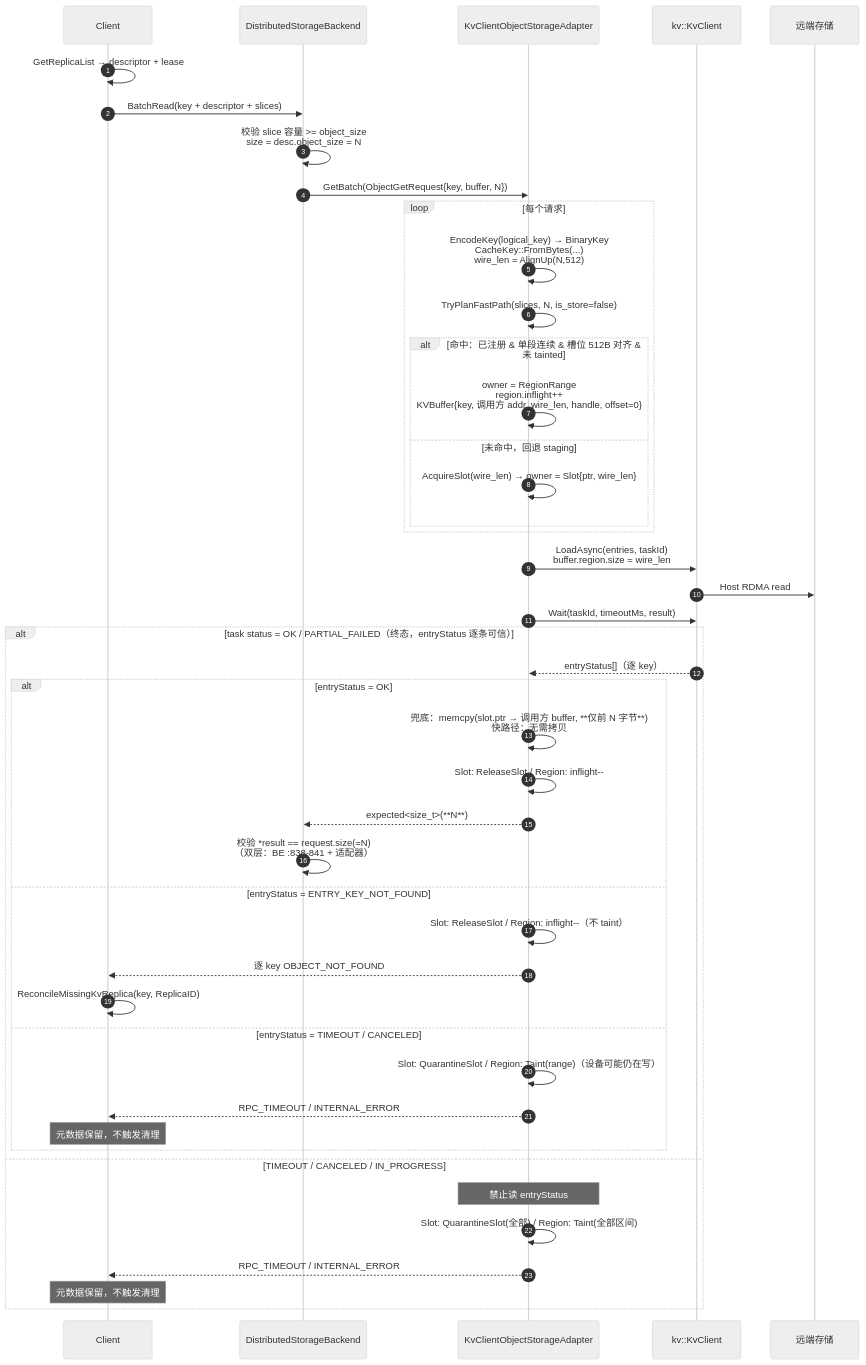
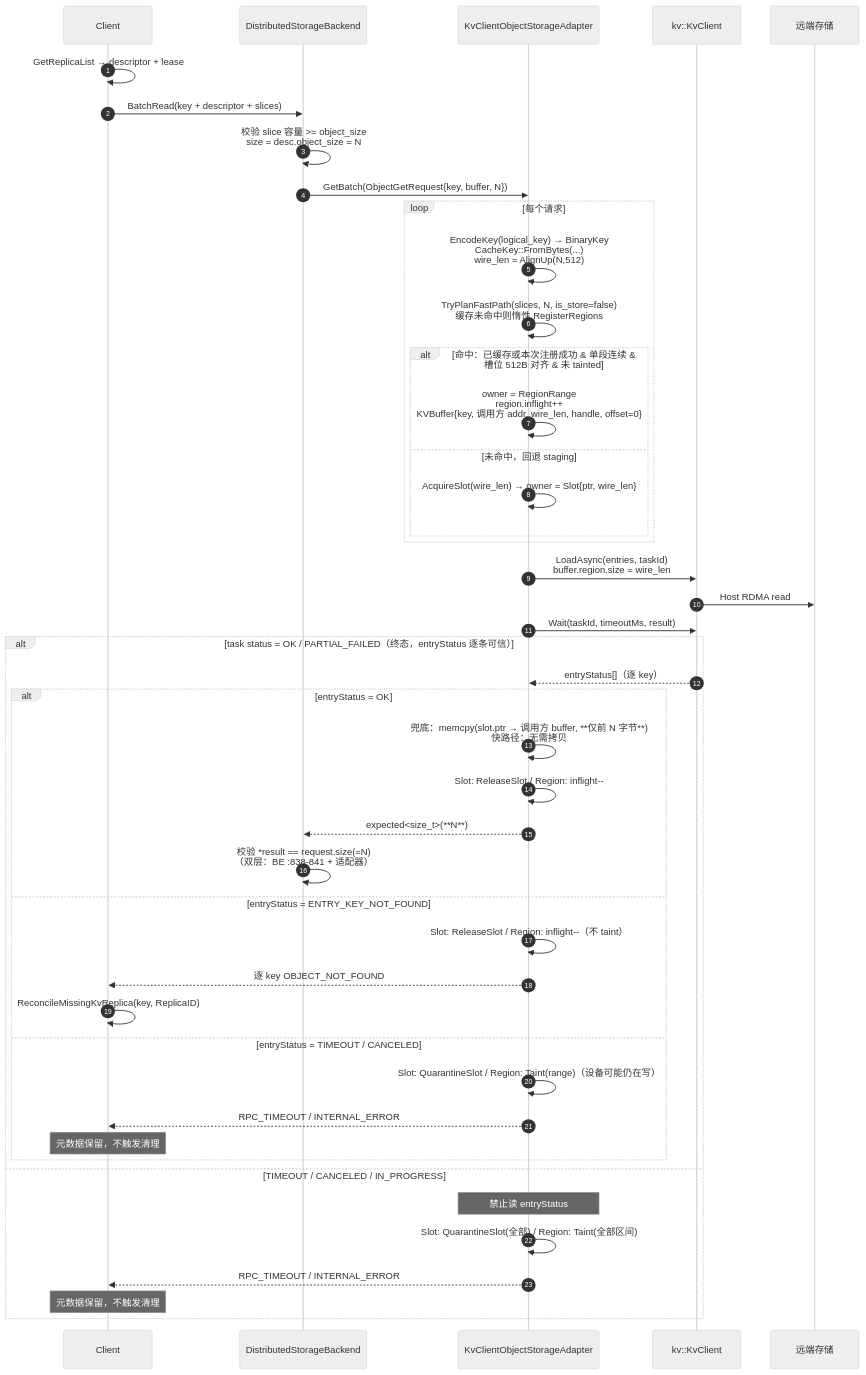
The tenth of 13 diagrams in Mooncake + KVClient L3 接入（Kvcs）- v3.md (zwj20000328-dotcom/Mooncake-documents), drawn with Mermaid (neutral theme) before and after one commit. The commit also changed other lines of this file, not shown here.

First line of the commit message:
docs: register original buffers inside the adapter, not through Client

````diff
--- a/Mooncake + KVClient L3 接入（Kvcs）- v3.md
+++ b/Mooncake + KVClient L3 接入（Kvcs）- v3.md
@@ -670,48 +669,48 @@
 ```mermaid
 sequenceDiagram
     autonumber
     participant C as Client
     participant BE as DistributedStorageBackend
     participant AD as KvClientObjectStorageAdapter
     participant SDK as kv::KvClient
     participant S as 远端存储
 
     C->>C: GetReplicaList → descriptor + lease
     C->>BE: BatchRead(key + descriptor + slices)
     BE->>BE: 校验 slice 容量 >= object_size<br/>size = desc.object_size = N
     BE->>AD: GetBatch(ObjectGetRequest{key, buffer, N})
     loop 每个请求
         AD->>AD: EncodeKey(logical_key) → BinaryKey<br/>CacheKey::FromBytes(...)<br/>wire_len = AlignUp(N,512)
-        AD->>AD: TryPlanFastPath(slices, N, is_store=false)
-        alt 命中：已注册 & 单段连续 & 槽位 512B 对齐 & 未 tainted
+        AD->>AD: TryPlanFastPath(slices, N, is_store=false)<br/>缓存未命中则惰性 RegisterRegions
+        alt 命中：已缓存或本次注册成功 & 单段连续 & 槽位 512B 对齐 & 未 tainted
             AD->>AD: owner = RegionRange<br/>region.inflight++<br/>KVBuffer{key, 调用方 addr, wire_len, handle, offset=0}
         else 未命中，回退 staging
             AD->>AD: AcquireSlot(wire_len) → owner = Slot{ptr, wire_len}
         end
     end
     AD->>SDK: LoadAsync(entries, taskId)<br/>buffer.region.size = wire_len
     SDK->>S: Host RDMA read
     AD->>SDK: Wait(taskId, timeoutMs, result)
     alt task status = OK / PARTIAL_FAILED（终态，entryStatus 逐条可信）
         SDK-->>AD: entryStatus[]（逐 key）
         alt entryStatus = OK
             AD->>AD: 兜底：memcpy(slot.ptr → 调用方 buffer, **仅前 N 字节**)<br/>快路径：无需拷贝
             AD->>AD: Slot: ReleaseSlot / Region: inflight--
             AD-->>BE: expected<size_t>(**N**)
             BE->>BE: 校验 *result == request.size(=N)<br/>（双层：BE :838-841 + 适配器）
         else entryStatus = ENTRY_KEY_NOT_FOUND
             AD->>AD: Slot: ReleaseSlot / Region: inflight--（不 taint）
             AD-->>C: 逐 key OBJECT_NOT_FOUND
             C->>C: ReconcileMissingKvReplica(key, ReplicaID)
         else entryStatus = TIMEOUT / CANCELED
             AD->>AD: Slot: QuarantineSlot / Region: Taint(range)（设备可能仍在写）
             AD-->>C: RPC_TIMEOUT / INTERNAL_ERROR
             Note over C: 元数据保留，不触发清理
         end
     else TIMEOUT / CANCELED / IN_PROGRESS
         Note over AD: 禁止读 entryStatus
         AD->>AD: Slot: QuarantineSlot(全部) / Region: Taint(全部区间)
         AD-->>C: RPC_TIMEOUT / INTERNAL_ERROR
         Note over C: 元数据保留，不触发清理
     end
 ```
````
